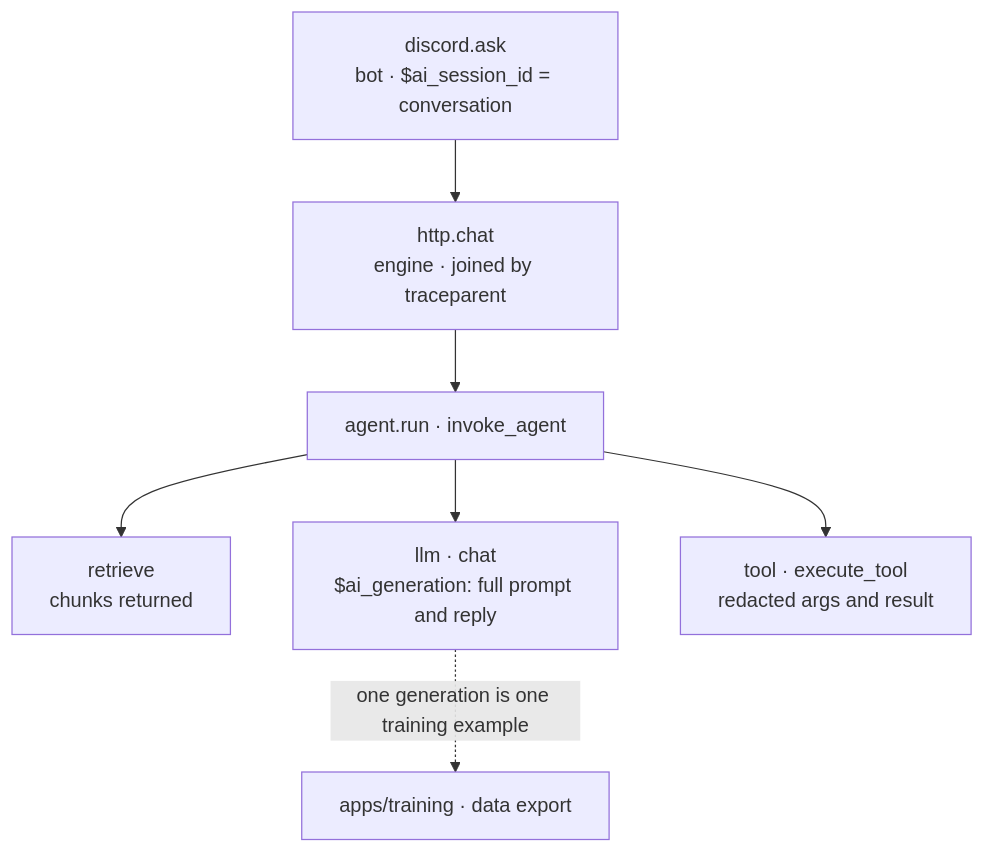
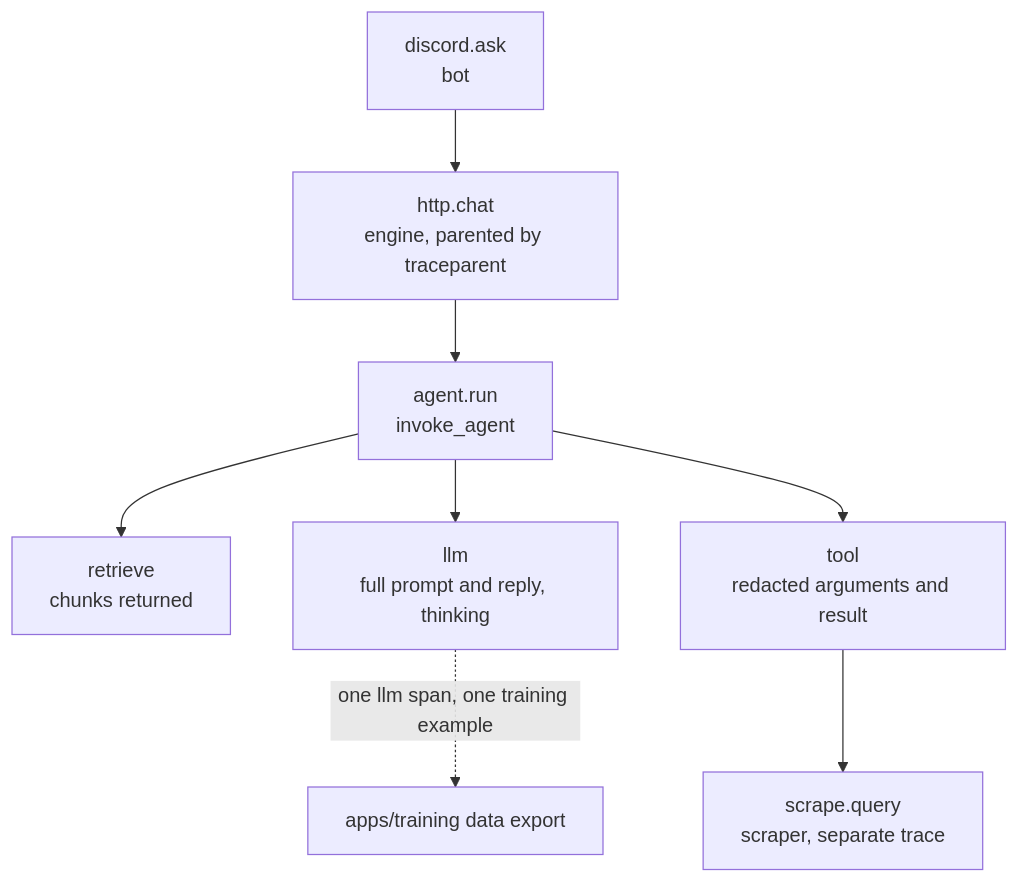
The ninth of 10 diagrams in docs/ARCHITECTURE.md (ashworks1706/SparkyAI), drawn with Mermaid before and after one commit. The commit also changed other lines of this file and 180 other files, not shown here.

````diff
--- a/docs/ARCHITECTURE.md
+++ b/docs/ARCHITECTURE.md
@@ -475,9 +619,10 @@
 ```mermaid
 flowchart TD
-    A["discord.ask<br/>bot · $ai_session_id = conversation"] --> B["http.chat<br/>engine · joined by traceparent"]
-    B --> C["agent.run · invoke_agent"]
+    A["discord.ask<br/>bot"] --> B["http.chat<br/>engine, parented by traceparent"]
+    B --> C["agent.run<br/>invoke_agent"]
     C --> D["retrieve<br/>chunks returned"]
-    C --> E["llm · chat<br/>$ai_generation: full prompt and reply"]
-    C --> F["tool · execute_tool<br/>redacted args and result"]
-    E -.->|one generation is one training example| G["apps/training · data export"]
+    C --> E["llm<br/>full prompt and reply, thinking"]
+    C --> F["tool<br/>redacted arguments and result"]
+    F --> G["scrape.query<br/>scraper, separate trace"]
+    E -.->|"one llm span, one training example"| H["apps/training data export"]
 ```
````
